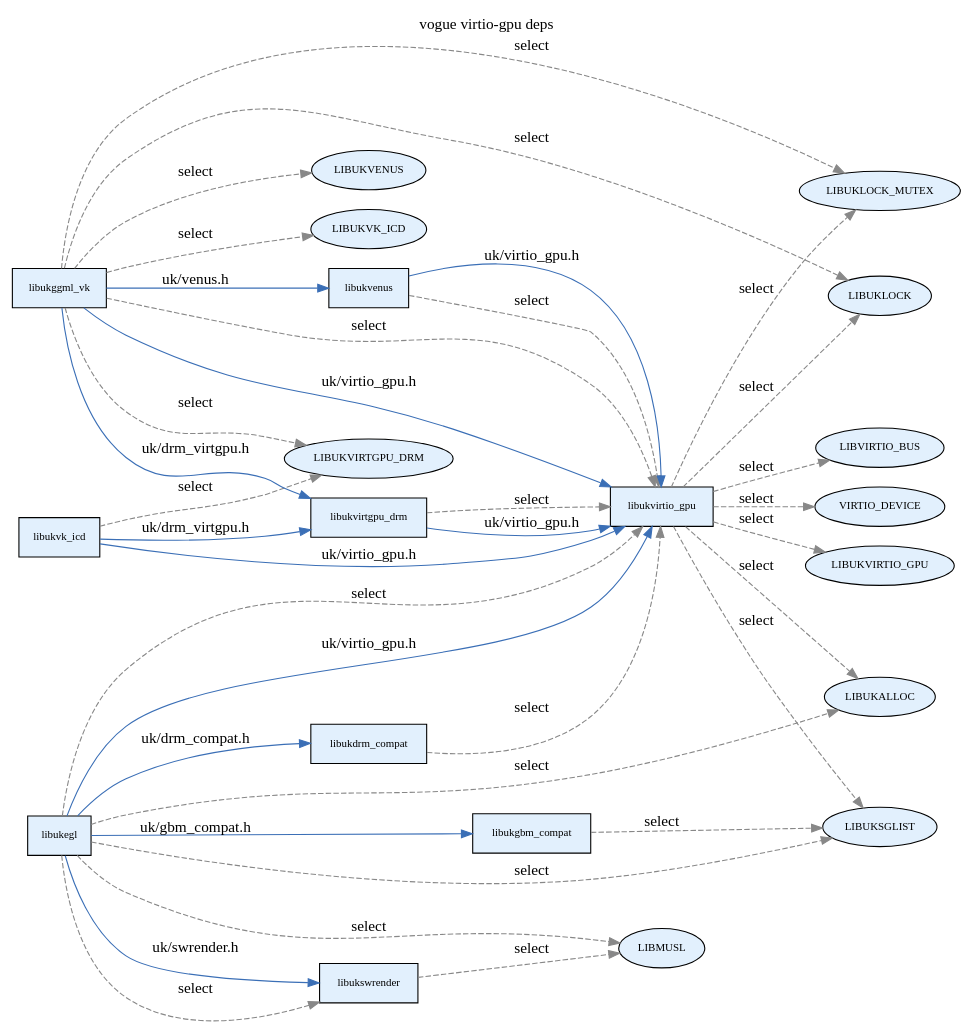
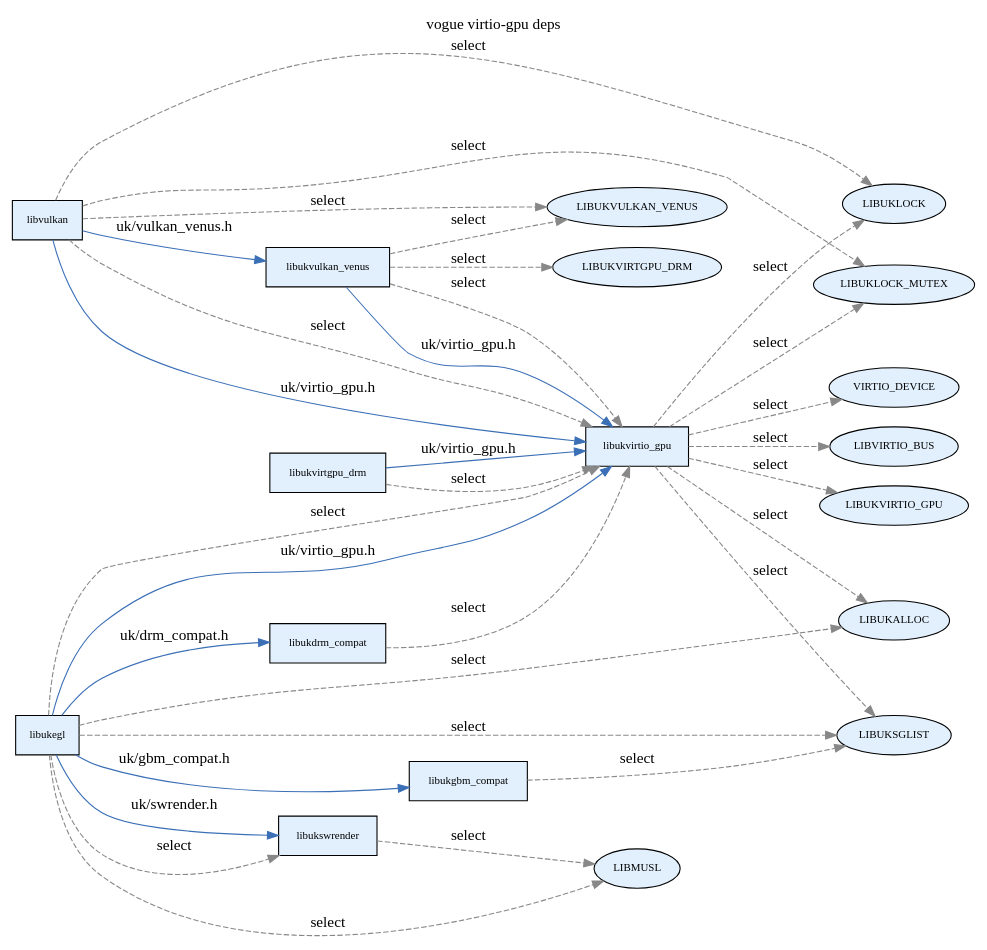
The diagram in results/depgraph/vogue.dot (vm-final-project/virtio-gpu), drawn with Graphviz before and after one commit. The commit also changed 170 other files, not shown here.

First line of the commit message:
vulkan: redesign around libvulkan + a native Venus driver; retire libukvk_icd and libukggml_vk

```diff
--- a/results/depgraph/vogue.dot
+++ b/results/depgraph/vogue.dot
@@ -1,60 +1,54 @@
 digraph "vogue virtio-gpu deps" {
   rankdir=LR;
   node [fontsize=10];
   label="vogue virtio-gpu deps"; labelloc=t; fontsize=14;
+  "vogue:libukvirtio_gpu" [label="libukvirtio_gpu",shape=box,style=filled,fillcolor="#e2f0fd"];
+  "vogue:ext:LIBUKVIRTGPU_DRM" [label="LIBUKVIRTGPU_DRM",shape=ellipse,style=filled,fillcolor="#e2f0fd"];
+  "vogue:libukgbm_compat" [label="libukgbm_compat",shape=box,style=filled,fillcolor="#e2f0fd"];
+  "vogue:ext:LIBUKVULKAN_VENUS" [label="LIBUKVULKAN_VENUS",shape=ellipse,style=filled,fillcolor="#e2f0fd"];
+  "vogue:libukdrm_compat" [label="libukdrm_compat",shape=box,style=filled,fillcolor="#e2f0fd"];
+  "vogue:libukegl" [label="libukegl",shape=box,style=filled,fillcolor="#e2f0fd"];
+  "vogue:libukswrender" [label="libukswrender",shape=box,style=filled,fillcolor="#e2f0fd"];
+  "vogue:libukvirtgpu_drm" [label="libukvirtgpu_drm",shape=box,style=filled,fillcolor="#e2f0fd"];
+  "vogue:ext:LIBUKLOCK" [label="LIBUKLOCK",shape=ellipse,style=filled,fillcolor="#e2f0fd"];
+  "vogue:libukvulkan_venus" [label="libukvulkan_venus",shape=box,style=filled,fillcolor="#e2f0fd"];
+  "vogue:ext:VIRTIO_DEVICE" [label="VIRTIO_DEVICE",shape=ellipse,style=filled,fillcolor="#e2f0fd"];
   "vogue:ext:LIBUKALLOC" [label="LIBUKALLOC",shape=ellipse,style=filled,fillcolor="#e2f0fd"];
-  "vogue:ext:LIBUKVIRTGPU_DRM" [label="LIBUKVIRTGPU_DRM",shape=ellipse,style=filled,fillcolor="#e2f0fd"];
-  "vogue:libukegl" [label="libukegl",shape=box,style=filled,fillcolor="#e2f0fd"];
-  "vogue:libukvirtio_gpu" [label="libukvirtio_gpu",shape=box,style=filled,fillcolor="#e2f0fd"];
-  "vogue:ext:LIBUKLOCK" [label="LIBUKLOCK",shape=ellipse,style=filled,fillcolor="#e2f0fd"];
-  "vogue:libukgbm_compat" [label="libukgbm_compat",shape=box,style=filled,fillcolor="#e2f0fd"];
-  "vogue:ext:LIBVIRTIO_BUS" [label="LIBVIRTIO_BUS",shape=ellipse,style=filled,fillcolor="#e2f0fd"];
-  "vogue:libukvirtgpu_drm" [label="libukvirtgpu_drm",shape=box,style=filled,fillcolor="#e2f0fd"];
-  "vogue:ext:VIRTIO_DEVICE" [label="VIRTIO_DEVICE",shape=ellipse,style=filled,fillcolor="#e2f0fd"];
-  "vogue:libukvk_icd" [label="libukvk_icd",shape=box,style=filled,fillcolor="#e2f0fd"];
-  "vogue:libukvenus" [label="libukvenus",shape=box,style=filled,fillcolor="#e2f0fd"];
   "vogue:ext:LIBUKSGLIST" [label="LIBUKSGLIST",shape=ellipse,style=filled,fillcolor="#e2f0fd"];
   "vogue:ext:LIBMUSL" [label="LIBMUSL",shape=ellipse,style=filled,fillcolor="#e2f0fd"];
-  "vogue:ext:LIBUKVENUS" [label="LIBUKVENUS",shape=ellipse,style=filled,fillcolor="#e2f0fd"];
+  "vogue:ext:LIBVIRTIO_BUS" [label="LIBVIRTIO_BUS",shape=ellipse,style=filled,fillcolor="#e2f0fd"];
+  "vogue:ext:LIBUKLOCK_MUTEX" [label="LIBUKLOCK_MUTEX",shape=ellipse,style=filled,fillcolor="#e2f0fd"];
+  "vogue:libvulkan" [label="libvulkan",shape=box,style=filled,fillcolor="#e2f0fd"];
   "vogue:ext:LIBUKVIRTIO_GPU" [label="LIBUKVIRTIO_GPU",shape=ellipse,style=filled,fillcolor="#e2f0fd"];
-  "vogue:libukswrender" [label="libukswrender",shape=box,style=filled,fillcolor="#e2f0fd"];
-  "vogue:libukggml_vk" [label="libukggml_vk",shape=box,style=filled,fillcolor="#e2f0fd"];
-  "vogue:libukdrm_compat" [label="libukdrm_compat",shape=box,style=filled,fillcolor="#e2f0fd"];
-  "vogue:ext:LIBUKVK_ICD" [label="LIBUKVK_ICD",shape=ellipse,style=filled,fillcolor="#e2f0fd"];
-  "vogue:ext:LIBUKLOCK_MUTEX" [label="LIBUKLOCK_MUTEX",shape=ellipse,style=filled,fillcolor="#e2f0fd"];
   "vogue:libukdrm_compat" -> "vogue:libukvirtio_gpu" [style=dashed,color="#888888",label="select"];
   "vogue:libukegl" -> "vogue:libukvirtio_gpu" [style=dashed,color="#888888",label="select"];
   "vogue:libukegl" -> "vogue:ext:LIBUKSGLIST" [style=dashed,color="#888888",label="select"];
   "vogue:libukegl" -> "vogue:ext:LIBUKALLOC" [style=dashed,color="#888888",label="select"];
   "vogue:libukegl" -> "vogue:libukswrender" [style=dashed,color="#888888",label="select"];
   "vogue:libukegl" -> "vogue:ext:LIBMUSL" [style=dashed,color="#888888",label="select"];
   "vogue:libukgbm_compat" -> "vogue:ext:LIBUKSGLIST" [style=dashed,color="#888888",label="select"];
-  "vogue:libukggml_vk" -> "vogue:ext:LIBUKVENUS" [style=dashed,color="#888888",label="select"];
-  "vogue:libukggml_vk" -> "vogue:libukvirtio_gpu" [style=dashed,color="#888888",label="select"];
-  "vogue:libukggml_vk" -> "vogue:ext:LIBUKVIRTGPU_DRM" [style=dashed,color="#888888",label="select"];
-  "vogue:libukggml_vk" -> "vogue:ext:LIBUKVK_ICD" [style=dashed,color="#888888",label="select"];
-  "vogue:libukggml_vk" -> "vogue:ext:LIBUKLOCK" [style=dashed,color="#888888",label="select"];
-  "vogue:libukggml_vk" -> "vogue:ext:LIBUKLOCK_MUTEX" [style=dashed,color="#888888",label="select"];
   "vogue:libukswrender" -> "vogue:ext:LIBMUSL" [style=dashed,color="#888888",label="select"];
-  "vogue:libukvenus" -> "vogue:libukvirtio_gpu" [style=dashed,color="#888888",label="select"];
   "vogue:libukvirtgpu_drm" -> "vogue:libukvirtio_gpu" [style=dashed,color="#888888",label="select"];
   "vogue:libukvirtio_gpu" -> "vogue:ext:LIBUKVIRTIO_GPU" [style=dashed,color="#888888",label="select"];
   "vogue:libukvirtio_gpu" -> "vogue:ext:VIRTIO_DEVICE" [style=dashed,color="#888888",label="select"];
   "vogue:libukvirtio_gpu" -> "vogue:ext:LIBVIRTIO_BUS" [style=dashed,color="#888888",label="select"];
   "vogue:libukvirtio_gpu" -> "vogue:ext:LIBUKSGLIST" [style=dashed,color="#888888",label="select"];
   "vogue:libukvirtio_gpu" -> "vogue:ext:LIBUKALLOC" [style=dashed,color="#888888",label="select"];
   "vogue:libukvirtio_gpu" -> "vogue:ext:LIBUKLOCK" [style=dashed,color="#888888",label="select"];
   "vogue:libukvirtio_gpu" -> "vogue:ext:LIBUKLOCK_MUTEX" [style=dashed,color="#888888",label="select"];
-  "vogue:libukvk_icd" -> "vogue:ext:LIBUKVIRTGPU_DRM" [style=dashed,color="#888888",label="select"];
+  "vogue:libukvulkan_venus" -> "vogue:libukvirtio_gpu" [style=dashed,color="#888888",label="select"];
+  "vogue:libukvulkan_venus" -> "vogue:ext:LIBUKVULKAN_VENUS" [style=dashed,color="#888888",label="select"];
+  "vogue:libukvulkan_venus" -> "vogue:ext:LIBUKVIRTGPU_DRM" [style=dashed,color="#888888",label="select"];
+  "vogue:libvulkan" -> "vogue:ext:LIBUKVULKAN_VENUS" [style=dashed,color="#888888",label="select"];
+  "vogue:libvulkan" -> "vogue:libukvirtio_gpu" [style=dashed,color="#888888",label="select"];
+  "vogue:libvulkan" -> "vogue:ext:LIBUKLOCK" [style=dashed,color="#888888",label="select"];
+  "vogue:libvulkan" -> "vogue:ext:LIBUKLOCK_MUTEX" [style=dashed,color="#888888",label="select"];
   "vogue:libukegl" -> "vogue:libukgbm_compat" [color="#3b6fb6",label="uk/gbm_compat.h"];
   "vogue:libukegl" -> "vogue:libukvirtio_gpu" [color="#3b6fb6",label="uk/virtio_gpu.h"];
   "vogue:libukegl" -> "vogue:libukswrender" [color="#3b6fb6",label="uk/swrender.h"];
   "vogue:libukegl" -> "vogue:libukdrm_compat" [color="#3b6fb6",label="uk/drm_compat.h"];
-  "vogue:libukggml_vk" -> "vogue:libukvirtio_gpu" [color="#3b6fb6",label="uk/virtio_gpu.h"];
-  "vogue:libukggml_vk" -> "vogue:libukvirtgpu_drm" [color="#3b6fb6",label="uk/drm_virtgpu.h"];
-  "vogue:libukggml_vk" -> "vogue:libukvenus" [color="#3b6fb6",label="uk/venus.h"];
-  "vogue:libukvenus" -> "vogue:libukvirtio_gpu" [color="#3b6fb6",label="uk/virtio_gpu.h"];
   "vogue:libukvirtgpu_drm" -> "vogue:libukvirtio_gpu" [color="#3b6fb6",label="uk/virtio_gpu.h"];
-  "vogue:libukvk_icd" -> "vogue:libukvirtgpu_drm" [color="#3b6fb6",label="uk/drm_virtgpu.h"];
-  "vogue:libukvk_icd" -> "vogue:libukvirtio_gpu" [color="#3b6fb6",label="uk/virtio_gpu.h"];
+  "vogue:libukvulkan_venus" -> "vogue:libukvirtio_gpu" [color="#3b6fb6",label="uk/virtio_gpu.h"];
+  "vogue:libvulkan" -> "vogue:libukvirtio_gpu" [color="#3b6fb6",label="uk/virtio_gpu.h"];
+  "vogue:libvulkan" -> "vogue:libukvulkan_venus" [color="#3b6fb6",label="uk/vulkan_venus.h"];
 }
```
